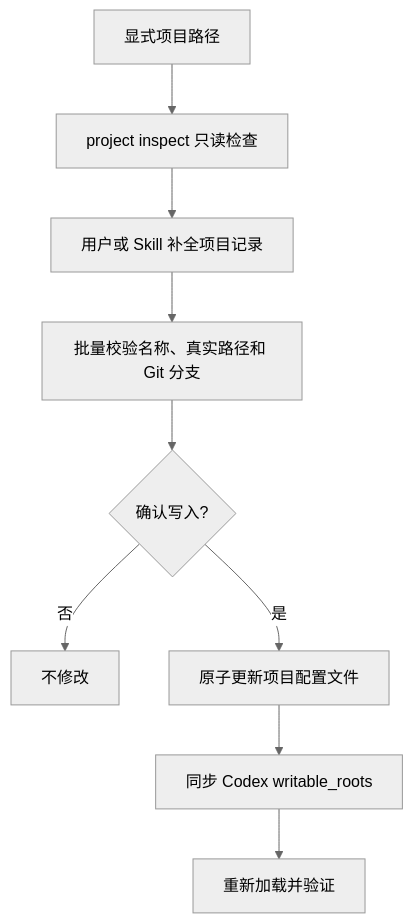
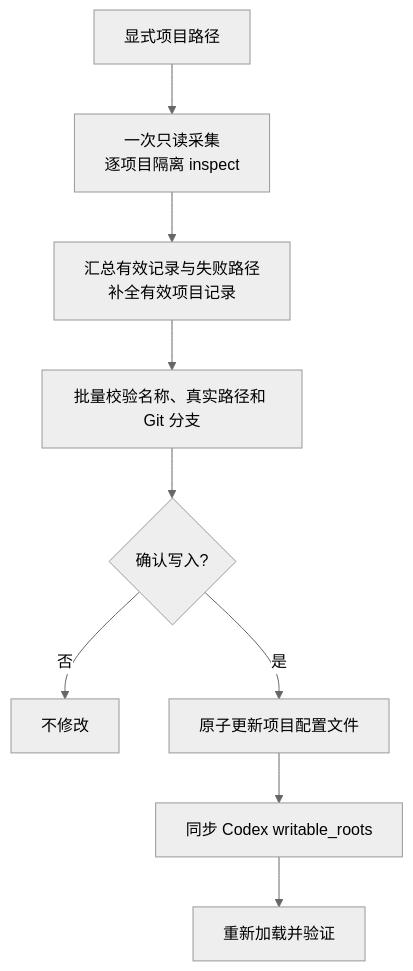
One commit to icebearx-ai/code-workspace changed the second of 3 diagrams in docs/code-workspace-flow.zh-CN.md. Above: the diagram before and after it, drawn with Mermaid (neutral theme). The commit also changed other lines of this file and 18 other files, not shown here.

````diff
--- a/docs/code-workspace-flow.zh-CN.md
+++ b/docs/code-workspace-flow.zh-CN.md
@@ -37,11 +37,11 @@
 ```mermaid
 flowchart TD
-    A[显式项目路径] --> I[project inspect 只读检查]
-    I --> R[用户或 Skill 补全项目记录]
+    A[显式项目路径] --> I[一次只读采集<br/>逐项目隔离 inspect]
+    I --> R[汇总有效记录与失败路径<br/>补全有效项目记录]
     R --> V[批量校验名称、真实路径和 Git 分支]
     V --> Q{确认写入?}
     Q -- 否 --> X[不修改]
     Q -- 是 --> W[原子更新项目配置文件]
     W --> P[同步 Codex writable_roots]
     P --> Z[重新加载并验证]
 ```
````
